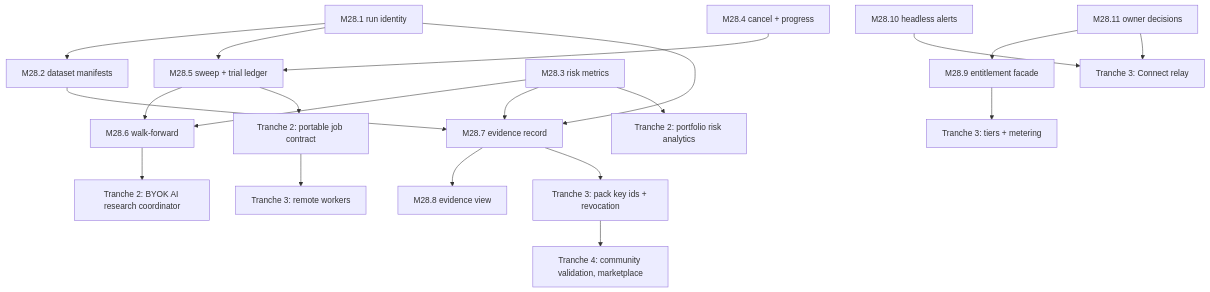
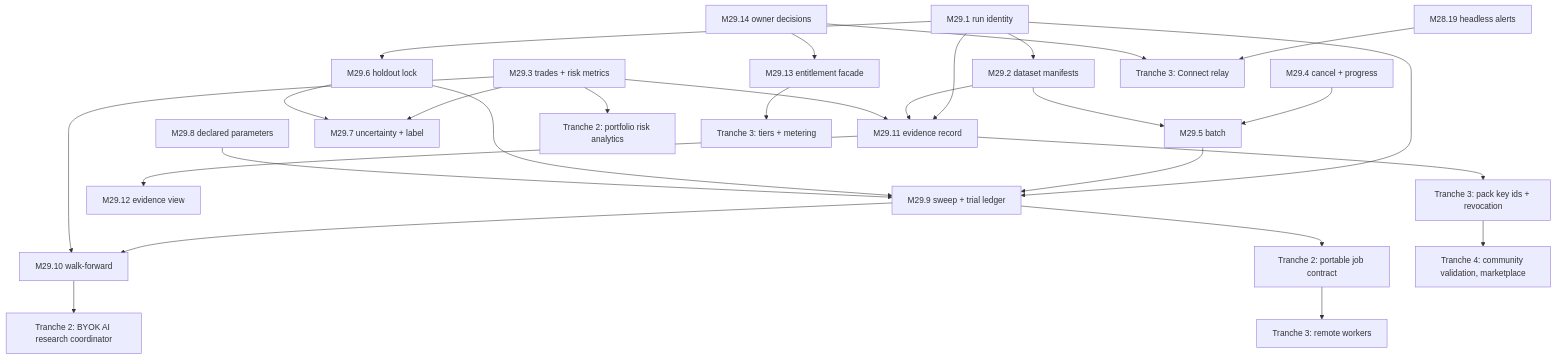
One commit to d4rkpr10r-Labs/krellbot changed the diagram in docs/platform-initiative.md. Above: the diagram before and after it, drawn with Mermaid. The commit also changed other lines of this file and 7 other files, not shown here.

````diff
--- a/docs/platform-initiative.md
+++ b/docs/platform-initiative.md
@@ -113,23 +114,30 @@
 ```mermaid
 graph TD
-  R1[M28.1 run identity] --> R2[M28.2 dataset manifests]
-  R1 --> R5[M28.5 sweep + trial ledger]
-  R4[M28.4 cancel + progress] --> R5
-  R5 --> R6[M28.6 walk-forward]
-  R3[M28.3 risk metrics] --> R6
-  R1 --> E7[M28.7 evidence record]
+  R1[M29.1 run identity] --> R2[M29.2 dataset manifests]
+  R1 --> R5[M29.9 sweep + trial ledger]
+  R4[M29.4 cancel + progress] --> B5[M29.5 batch]
+  R2 --> B5
+  B5 --> R5
+  R1 --> H6[M29.6 holdout lock]
+  H6 --> R5
+  P8[M29.8 declared parameters] --> R5
+  R3[M29.3 trades + risk metrics] --> U7[M29.7 uncertainty + label]
+  H6 --> U7
+  R5 --> R6[M29.10 walk-forward]
+  R3 --> R6
+  R1 --> E7[M29.11 evidence record]
   R2 --> E7
   R3 --> E7
-  E7 --> E8[M28.8 evidence view]
-  O11[M28.11 owner decisions] --> T9[M28.9 entitlement facade]
-  N10[M28.10 headless alerts]
+  E7 --> E8[M29.12 evidence view]
+  O11[M29.14 owner decisions] --> T9[M29.13 entitlement facade]
+  N10[M28.19 headless alerts]
   R6 --> T2A[Tranche 2: BYOK AI research coordinator]
   R5 --> T2B[Tranche 2: portable job contract]
   R3 --> T2C[Tranche 2: portfolio risk analytics]
   T9 --> T3A[Tranche 3: tiers + metering]
   N10 --> T3B[Tranche 3: Connect relay]
   O11 --> T3B
   E7 --> T3C[Tranche 3: pack key ids + revocation]
   T3C --> T4[Tranche 4: community validation, marketplace]
   T2B --> T3D[Tranche 3: remote workers]
 ```
````
